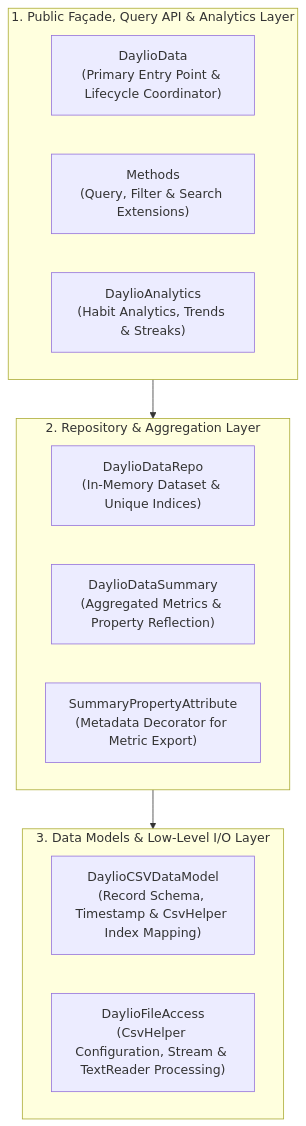
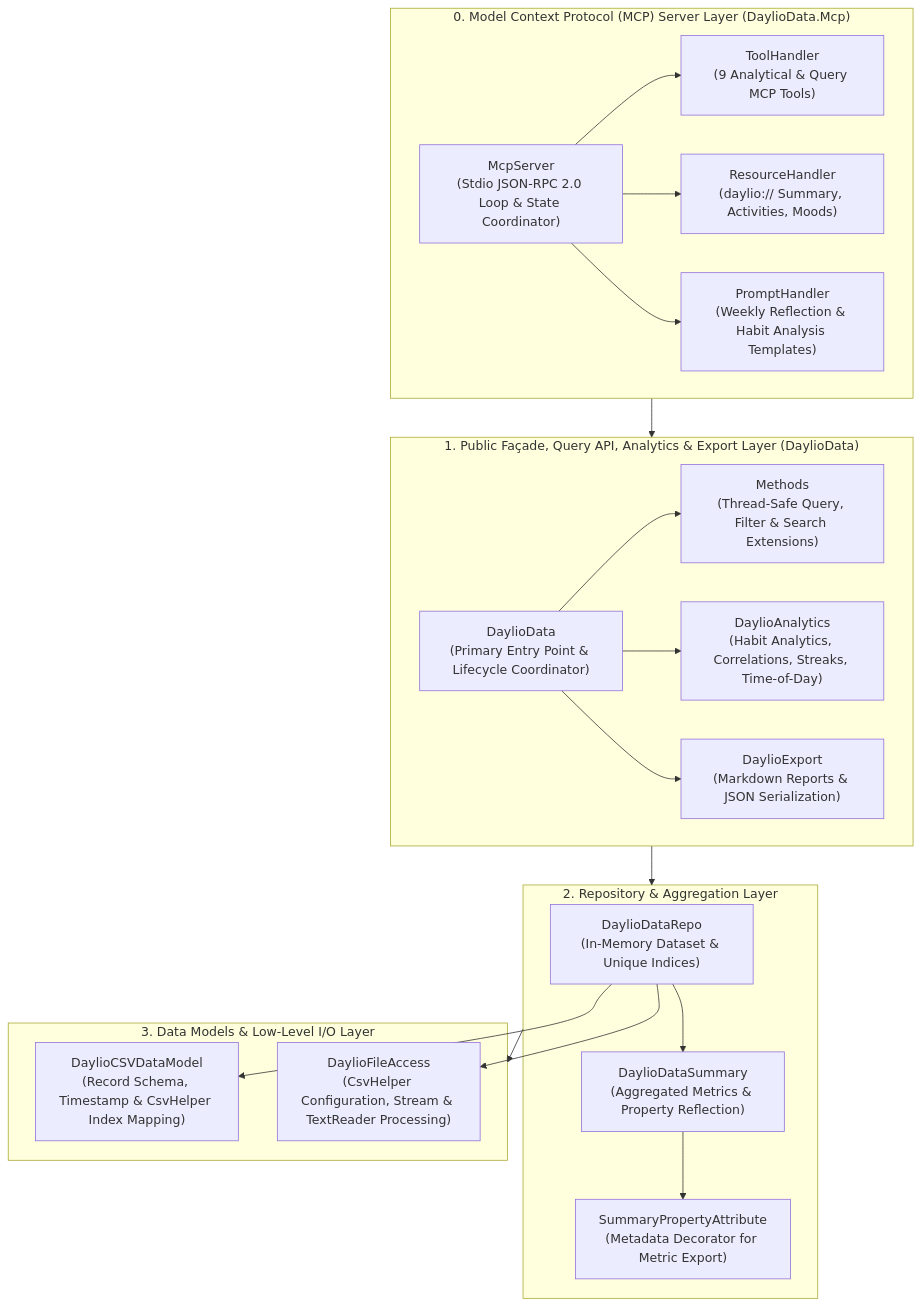
One commit to jav76/DaylioData changed the diagram in docs/architecture/overview.md. Above: the diagram before and after it, drawn with Mermaid. The commit also changed other lines of this file and 18 other files, not shown here.

````diff
--- a/docs/architecture/overview.md
+++ b/docs/architecture/overview.md
@@ -11,22 +11,41 @@
 ```mermaid
 flowchart TB
-    subgraph Layer1["1. Public Façade, Query API & Analytics Layer"]
+    subgraph Layer0["0. Model Context Protocol (MCP) Server Layer (DaylioData.Mcp)"]
+        Server["McpServer<br/>(Stdio JSON-RPC 2.0 Loop & State Coordinator)"]
+        Tools["ToolHandler<br/>(9 Analytical & Query MCP Tools)"]
+        Resources["ResourceHandler<br/>(daylio:// Summary, Activities, Moods)"]
+        Prompts["PromptHandler<br/>(Weekly Reflection & Habit Analysis Templates)"]
+        Server --> Tools
+        Server --> Resources
+        Server --> Prompts
+    end
+
+    subgraph Layer1["1. Public Façade, Query API, Analytics & Export Layer (DaylioData)"]
         Facade["DaylioData<br/>(Primary Entry Point & Lifecycle Coordinator)"]
-        Methods["Methods<br/>(Query, Filter & Search Extensions)"]
-        Analytics["DaylioAnalytics<br/>(Habit Analytics, Trends & Streaks)"]
+        Methods["Methods<br/>(Thread-Safe Query, Filter & Search Extensions)"]
+        Analytics["DaylioAnalytics<br/>(Habit Analytics, Correlations, Streaks, Time-of-Day)"]
+        Export["DaylioExport<br/>(Markdown Reports & JSON Serialization)"]
+        Facade --> Methods
+        Facade --> Analytics
+        Facade --> Export
     end
 
     subgraph Layer2["2. Repository & Aggregation Layer"]
         Repo["DaylioDataRepo<br/>(In-Memory Dataset & Unique Indices)"]
         Summary["DaylioDataSummary<br/>(Aggregated Metrics & Property Reflection)"]
         Attr["SummaryPropertyAttribute<br/>(Metadata Decorator for Metric Export)"]
+        Repo --> Summary
+        Summary --> Attr
     end
 
     subgraph Layer3["3. Data Models & Low-Level I/O Layer"]
         Model["DaylioCSVDataModel<br/>(Record Schema, Timestamp & CsvHelper Index Mapping)"]
         FileAccess["DaylioFileAccess<br/>(CsvHelper Configuration, Stream & TextReader Processing)"]
+        Repo --> Model
+        Repo --> FileAccess
     end
 
+    Layer0 --> Layer1
     Layer1 --> Layer2
     Layer2 --> Layer3
 ```
````
